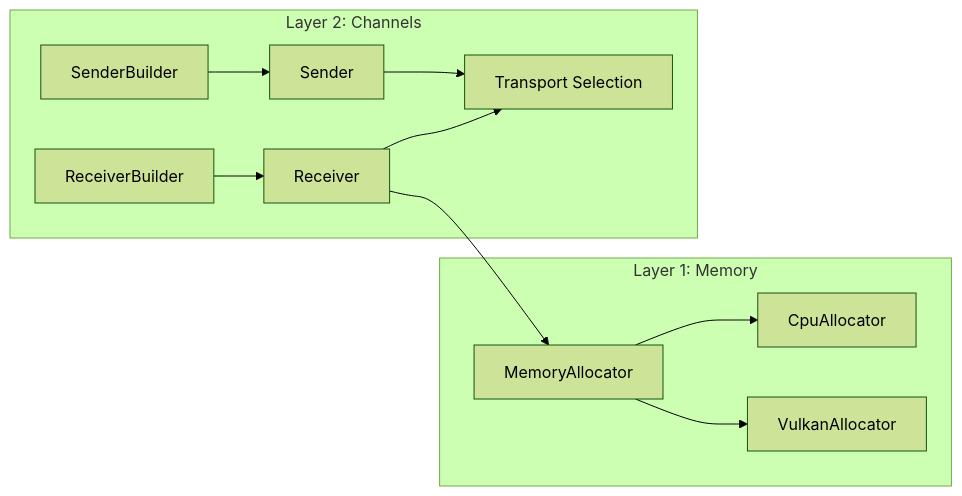
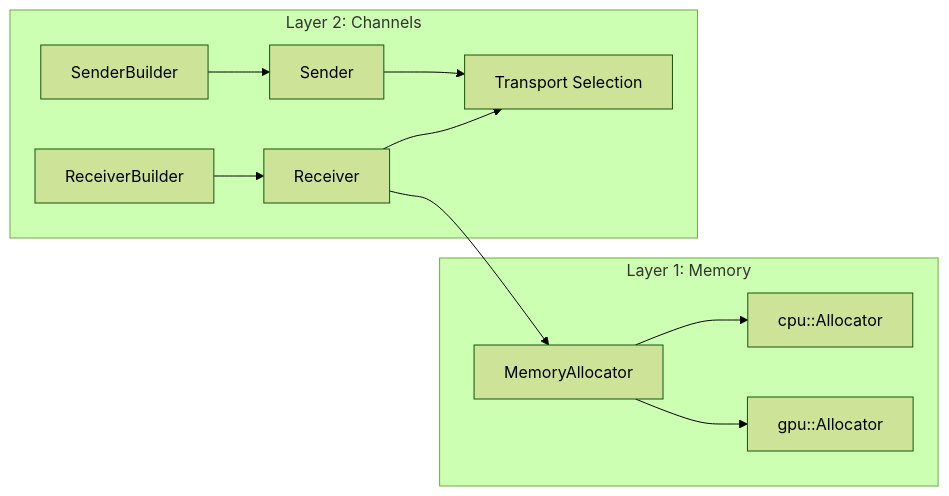
One commit to parsd/lava-flow changed the diagram in doc/spec/architecture.md. Above: the diagram before and after it, drawn with Mermaid (forest theme). The commit also changed other lines of this file and 17 other files, not shown here.

````diff
--- a/doc/spec/architecture.md
+++ b/doc/spec/architecture.md
@@ -15,24 +15,24 @@
 ```mermaid
 flowchart LR
   subgraph L1[Layer 1: Memory]
     MA[MemoryAllocator]
-    CPU[CpuAllocator]
-    GPU[VulkanAllocator]
+    CPU[cpu::Allocator]
+    GPU[gpu::Allocator]
   end
 
   subgraph L2[Layer 2: Channels]
     SB[SenderBuilder]
     RB[ReceiverBuilder]
     TX[Sender]
     RX[Receiver]
     TR[Transport Selection]
   end
 
   MA --> CPU
   MA --> GPU
   SB --> TX
   RB --> RX
   RX --> MA
   TX --> TR
   RX --> TR
 ```
````
